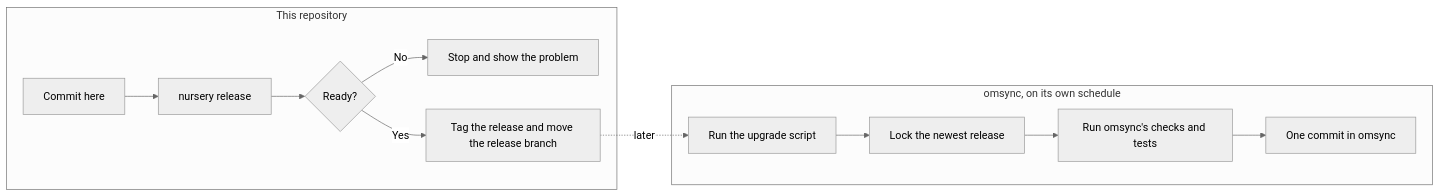
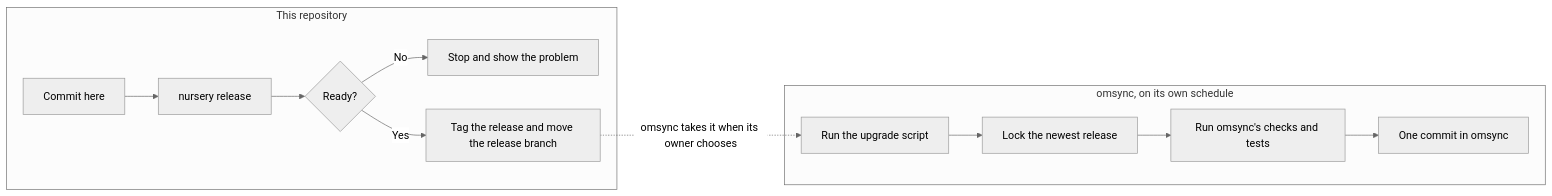
Before and after one commit to spinningyoyo/omsync-nursery: the fourth of 5 diagrams in docs/overview.md, drawn with Mermaid (neutral theme). The commit also changed other lines of this file and 17 other files, not shown here.

````diff
--- a/docs/overview.md
+++ b/docs/overview.md
@@ -88,15 +120,15 @@
 ```mermaid
 flowchart LR
-    subgraph N [This repository]
+    subgraph N ["This repository"]
         A[Commit here] --> B[nursery release]
         B --> C{Ready?}
         C -- No --> D[Stop and show the problem]
         C -- Yes --> E[Tag the release and move the release branch]
     end
-    subgraph O [omsync, on its own schedule]
+    subgraph O ["omsync, on its own schedule"]
         F[Run the upgrade script] --> G[Lock the newest release]
         G --> H[Run omsync's checks and tests]
         H --> I[One commit in omsync]
     end
-    E -. later .-> F
+    E -. "omsync takes it when its owner chooses" .-> F
 ```
````
